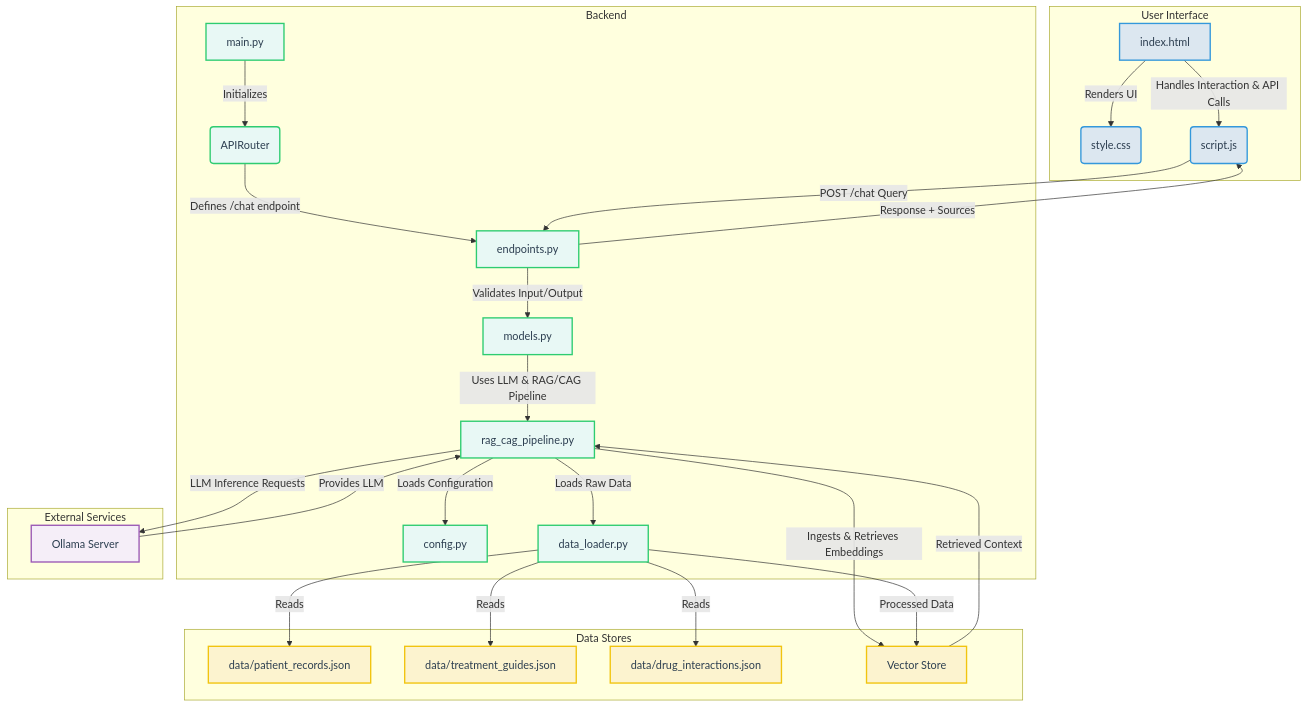
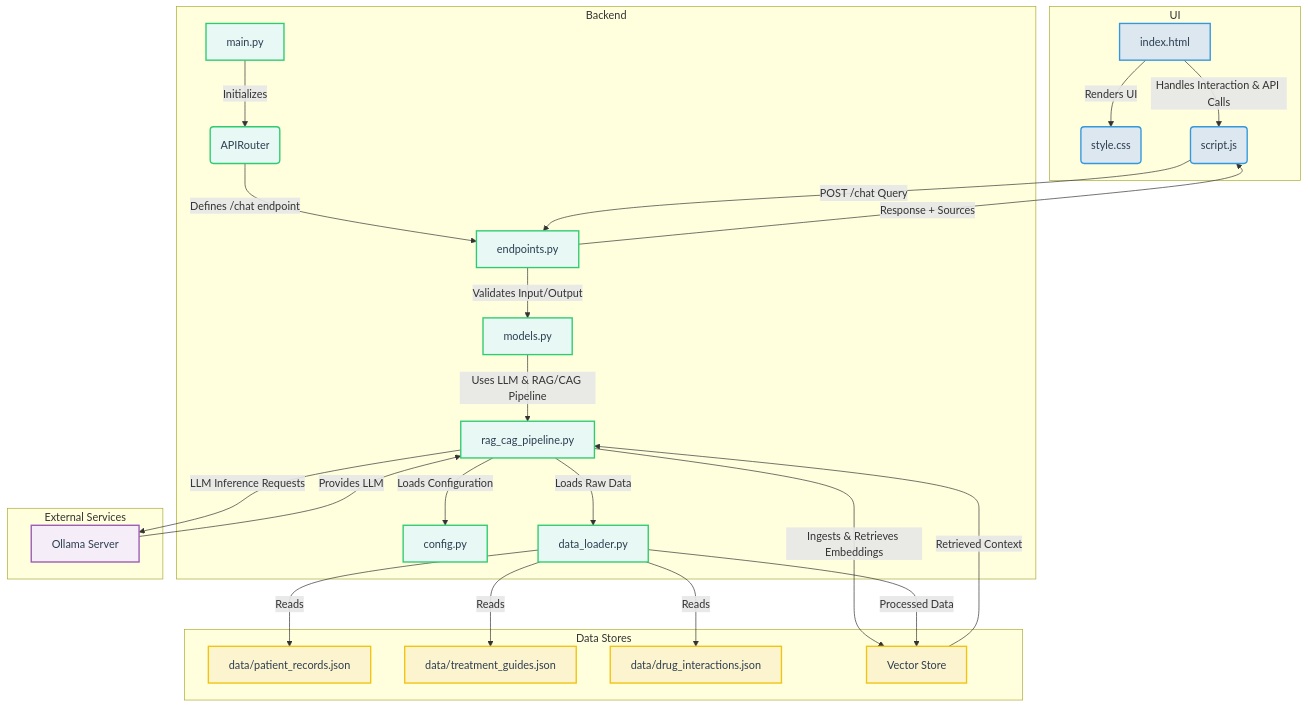
The diagram in README.md (vidishsirdesai/ai_augmented_healthcare_assistant), drawn with Mermaid before and after one commit. The commit also changed other lines of this file, not shown here.

````diff
--- a/README.md
+++ b/README.md
@@ -3,71 +6,71 @@
 ```mermaid
 graph TD
-    subgraph User Interface
+    subgraph UI
         A[index.html]
         B(style.css)
         C(script.js)
         A -- Renders UI --> B
         A -- Handles Interaction & API Calls --> C
     end
 
     subgraph Backend
         D[main.py]
         E(APIRouter)
         F[endpoints.py]
         G[models.py]
         H[rag_cag_pipeline.py]
         I[config.py]
         J[data_loader.py]
 
         D -- Initializes --> E
         E -- Defines /chat endpoint --> F
         F -- Validates Input/Output --> G
         G -- Uses LLM & RAG/CAG Pipeline --> H
         H -- Loads Configuration --> I
         H -- Loads Raw Data --> J
     end
 
     subgraph External Services
         K[Ollama Server]
         K -- Provides LLM --> H
     end
 
     subgraph Data Stores
         L[data/patient_records.json]
         M[data/treatment_guides.json]
         N[data/drug_interactions.json]
         O[Vector Store]
 
         J -- Reads --> L
         J -- Reads --> M
         J -- Reads --> N
         H -- Ingests & Retrieves Embeddings --> O
     end
 
     C -- "POST /chat Query" --> F
     F -- "Response + Sources" --> C
 
     H -- "LLM Inference Requests" --> K
     O -- "Retrieved Context" --> H
 
     J -- "Processed Data" --> O
 
     style A fill:#DCE7F0,stroke:#3498db,stroke-width:2px,color:#2c3e50
     style B fill:#DCE7F0,stroke:#3498db,stroke-width:2px,color:#2c3e50
     style C fill:#DCE7F0,stroke:#3498db,stroke-width:2px,color:#2c3e50
 
     style D fill:#E8F8F5,stroke:#2ECC71,stroke-width:2px,color:#2c3e50
     style E fill:#E8F8F5,stroke:#2ECC71,stroke-width:2px,color:#2c3e50
     style F fill:#E8F8F5,stroke:#2ECC71,stroke-width:2px,color:#2c3e50
     style G fill:#E8F8F5,stroke:#2ECC71,stroke-width:2px,color:#2c3e50
     style H fill:#E8F8F5,stroke:#2ECC71,stroke-width:2px,color:#2c3e50
     style I fill:#E8F8F5,stroke:#2ECC71,stroke-width:2px,color:#2c3e50
     style J fill:#E8F8F5,stroke:#2ECC71,stroke-width:2px,color:#2c3e50
 
     style K fill:#F5EEF8,stroke:#9B59B6,stroke-width:2px,color:#2c3e50
 
     style L fill:#FCF3CF,stroke:#F1C40F,stroke-width:2px,color:#2c3e50
     style M fill:#FCF3CF,stroke:#F1C40F,stroke-width:2px,color:#2c3e50
     style N fill:#FCF3CF,stroke:#F1C40F,stroke-width:2px,color:#2c3e50
     style O fill:#FCF3CF,stroke:#F1C40F,stroke-width:2px,color:#2c3e50
 ```
````
